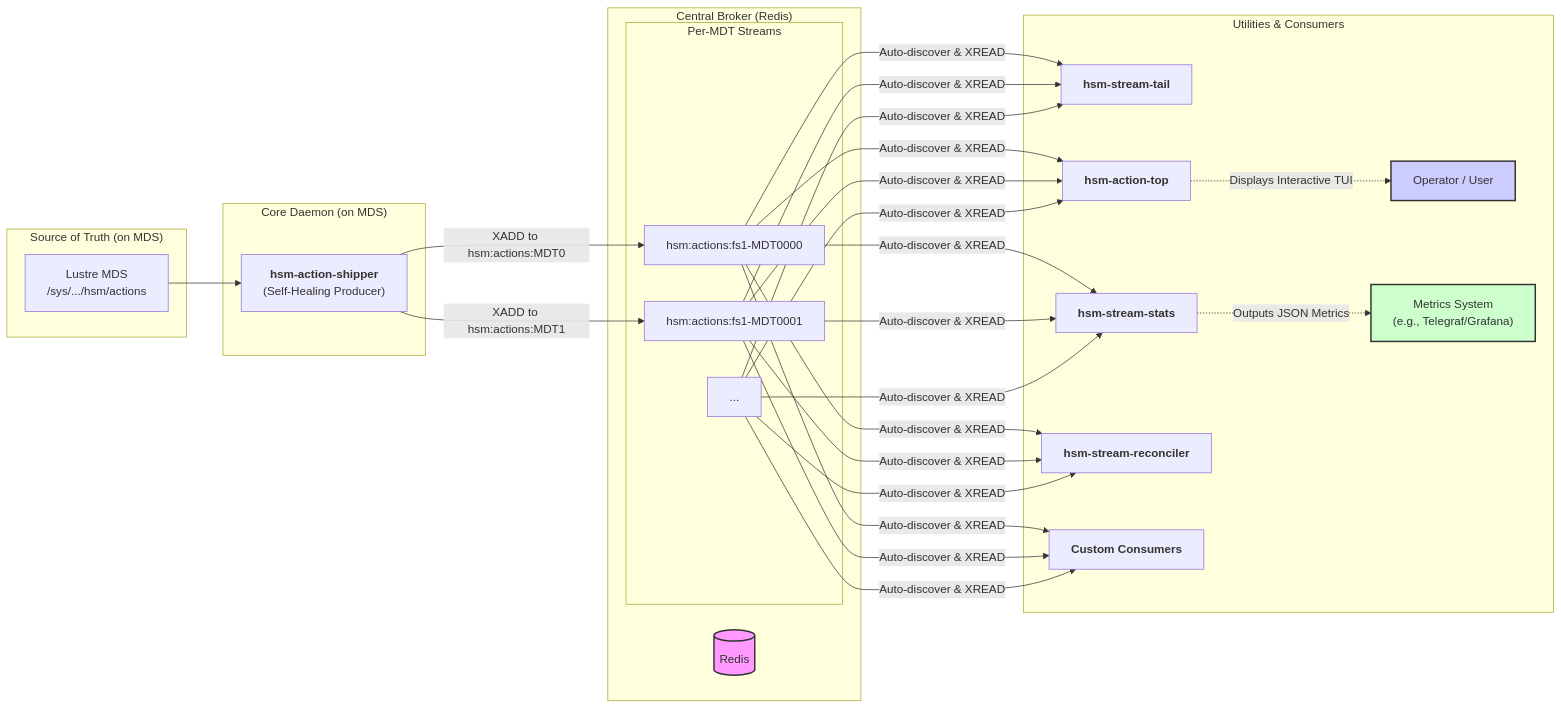
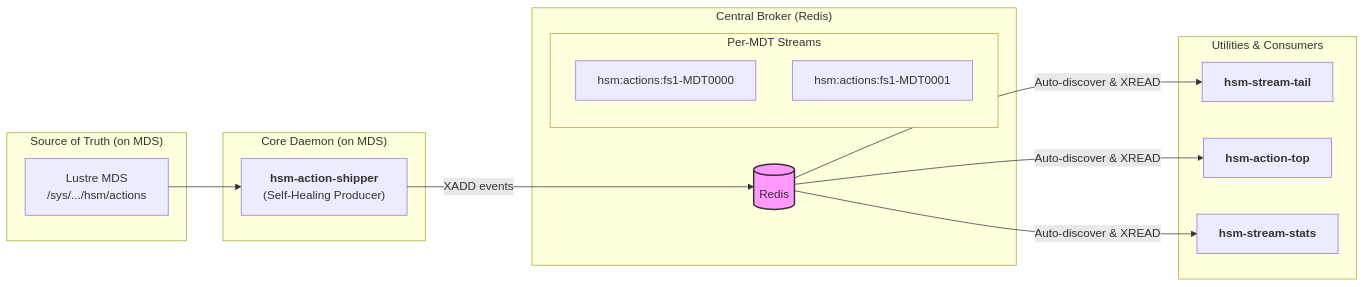
The diagram in README.md (stanford-rc/lustre-hsm-action-stream), drawn with Mermaid before and after one commit. The commit also changed other lines of this file and 13 other files, not shown here.

````diff
--- a/README.md
+++ b/README.md
@@ -169,45 +103,29 @@
 ```mermaid
 graph LR
     subgraph "Source of Truth (on MDS)"
         LustreMDS["Lustre MDS<br/>/sys/.../hsm/actions"]
     end
 
     subgraph "Core Daemon (on MDS)"
         Shipper["<b>hsm-action-shipper</b><br/>(Self-Healing Producer)"]
     end
 
     subgraph "Central Broker (Redis)"
         style Redis fill:#f9f,stroke:#333,stroke-width:2px
         subgraph "Per-MDT Streams"
             Stream1["hsm:actions:fs1-MDT0000"]
             Stream2["hsm:actions:fs1-MDT0001"]
-            StreamN["..."]
         end
         Redis[("Redis")]
     end
 
     subgraph "Utilities & Consumers"
-        style User fill:#ccf,stroke:#333,stroke-width:2px
-        style Metrics fill:#cfc,stroke:#333,stroke-width:2px
         Tail["<b>hsm-stream-tail</b>"]
         Top["<b>hsm-action-top</b>"]
         Stats["<b>hsm-stream-stats</b>"]
-        Reconciler["<b>hsm-stream-reconciler</b>"]
-        CustomConsumers["<b>Custom Consumers</b>"]
-        User["Operator / User"]
-        Metrics["Metrics System<br/>(e.g., Telegraf/Grafana)"]
     end
 
     LustreMDS --> Shipper
-    Shipper -- "XADD to hsm:actions:MDT0" --> Stream1
-    Shipper -- "XADD to hsm:actions:MDT1" --> Stream2
-
-    Stream1 & Stream2 & StreamN -- "Auto-discover & XREAD" --> Tail
-    Stream1 & Stream2 & StreamN -- "Auto-discover & XREAD" --> Top
-    Stream1 & Stream2 & StreamN -- "Auto-discover & XREAD" --> Stats
-    Stream1 & Stream2 & StreamN -- "Auto-discover & XREAD" --> Reconciler
-    Stream1 & Stream2 & StreamN -- "Auto-discover & XREAD" --> CustomConsumers
-
-    Top -. "Displays Interactive TUI" .-> User
-    Stats -. "Outputs JSON Metrics" .-> Metrics
+    Shipper -- "XADD events" --> Redis
+    Redis -- "Auto-discover & XREAD" --> Tail & Top & Stats
 ```
````
